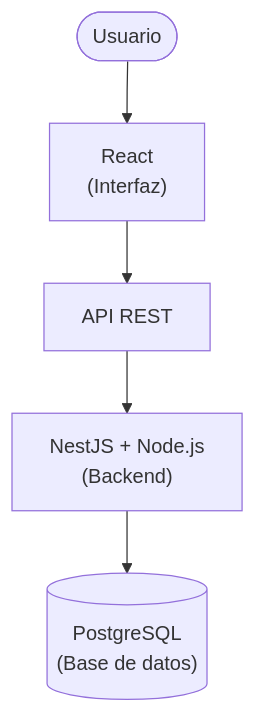
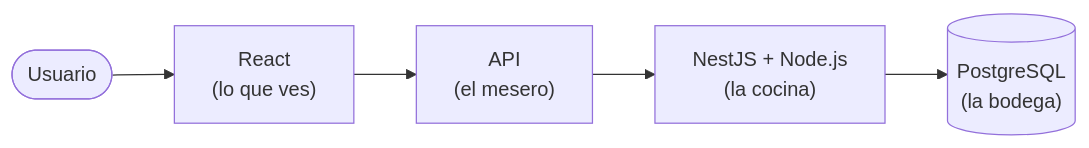
The diagram in README.es.md (floreslog/what-is-what-web), drawn with Mermaid before and after one commit. The commit also changed other lines of this file, not shown here.

````diff
--- a/README.es.md
+++ b/README.es.md
@@ -260,7 +155,7 @@
 ```mermaid
-flowchart TD
-    U([Usuario]) --> R["React<br/>(Interfaz)"]
-    R --> A["API REST"]
-    A --> N["NestJS + Node.js<br/>(Backend)"]
-    N --> P[("PostgreSQL<br/>(Base de datos)")]
+flowchart LR
+    U([Usuario]) --> R["React<br/>(lo que ves)"]
+    R --> A["API<br/>(el mesero)"]
+    A --> N["NestJS + Node.js<br/>(la cocina)"]
+    N --> P[("PostgreSQL<br/>(la bodega)")]
 ```
````
